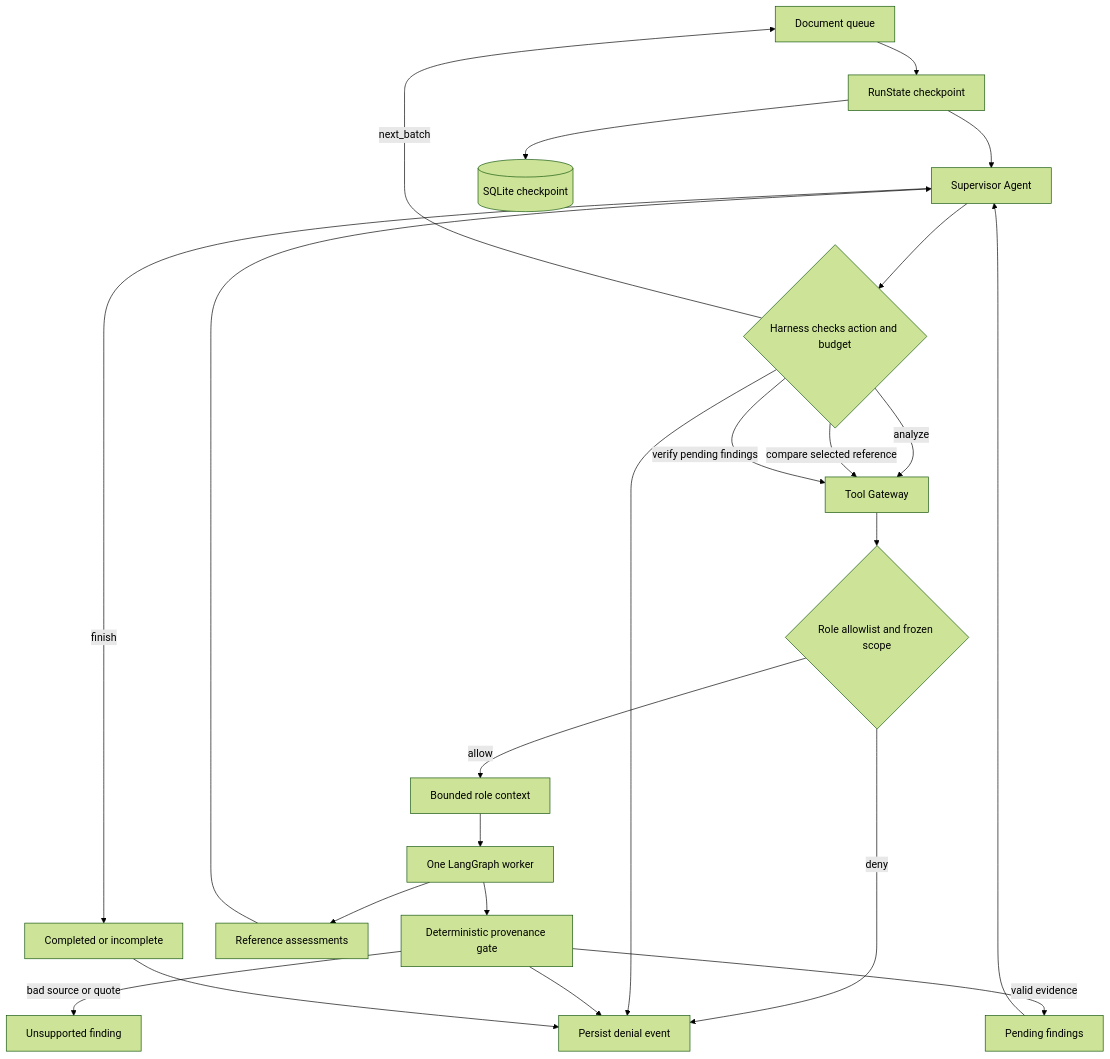
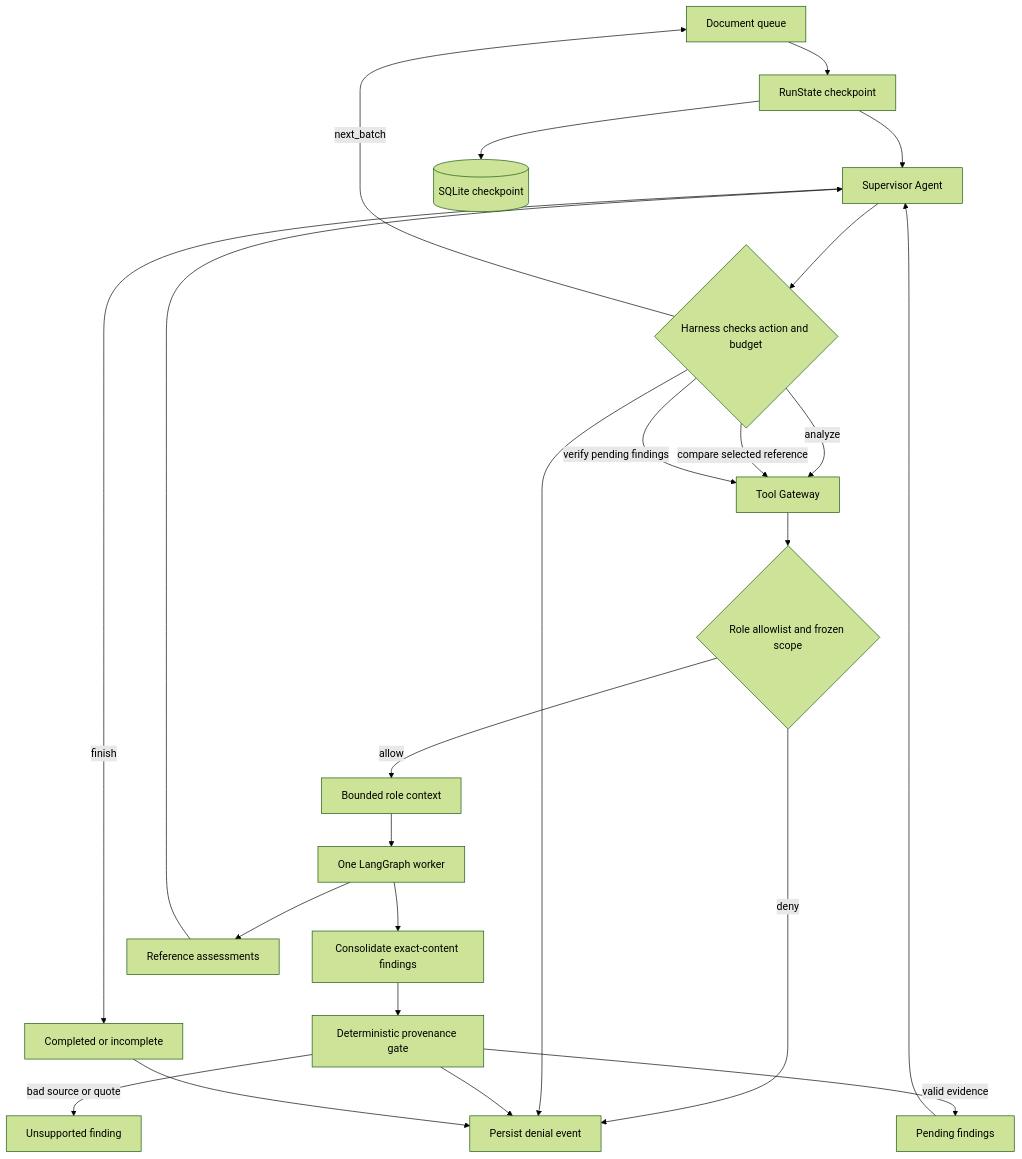
One commit to AnhKietgs/Review-paper changed the diagram in docs/architecture/harness.md. Above: the diagram before and after it, drawn with Mermaid (forest theme). The commit also changed other lines of this file and 17 other files, not shown here.

````diff
--- a/docs/architecture/harness.md
+++ b/docs/architecture/harness.md
@@ -3,25 +3,26 @@
 ```mermaid
 flowchart TD
   Queue[Document queue] --> State[RunState checkpoint]
   State --> Supervisor[Supervisor Agent]
   Supervisor --> Guard{Harness checks action and budget}
   Guard -->|next_batch| Queue
   Guard -->|analyze| Tools[Tool Gateway]
   Guard -->|compare selected reference| Tools
   Guard -->|verify pending findings| Tools
   Tools --> Permission{Role allowlist and frozen scope}
   Permission -->|allow| Context[Bounded role context]
   Permission -->|deny| Trace[Persist denial event]
   Context --> Worker[One LangGraph worker]
-  Worker --> Gate[Deterministic provenance gate]
+  Worker --> Consolidate[Consolidate exact-content findings]
+  Consolidate --> Gate[Deterministic provenance gate]
   Gate -->|valid evidence| Pending[Pending findings]
   Pending --> Supervisor
   Gate -->|bad source or quote| Unsupported[Unsupported finding]
   Worker --> Assessment[Reference assessments]
   Assessment --> Supervisor
   Supervisor -->|finish| Complete[Completed or incomplete]
   State --> Memory[(SQLite checkpoint)]
   Guard --> Trace
   Gate --> Trace
   Complete --> Trace
 ```
````
